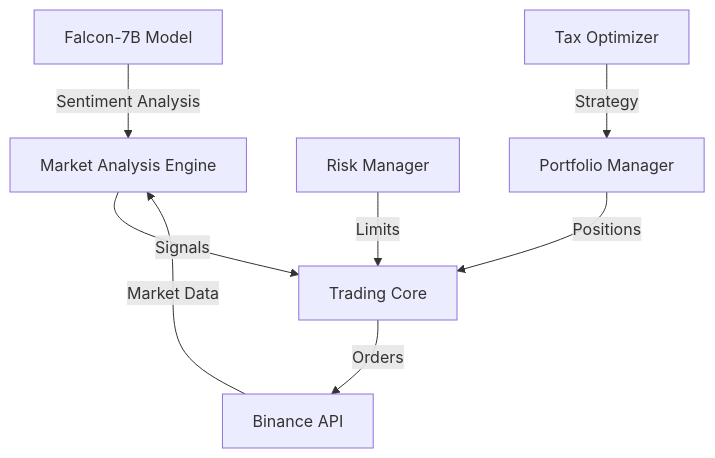
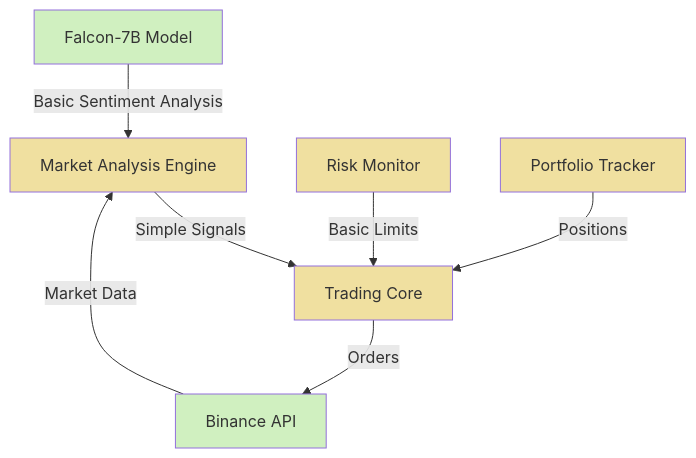
Before and after one commit to ashioyajotham/fingpt_trader: the diagram in README.md, drawn with Mermaid. The commit also changed other lines of this file and 5 other files, not shown here.

````diff
--- a/README.md
+++ b/README.md
@@ -41,10 +81,20 @@
 ```mermaid
 graph TD
-    A[Falcon-7B Model] -->|Sentiment Analysis| B[Market Analysis Engine]
-    B -->|Signals| C[Trading Core]
+    A[Falcon-7B Model] -->|Basic Sentiment Analysis| B[Market Analysis Engine]
+    B -->|Simple Signals| C[Trading Core]
     D[Binance API] -->|Market Data| B
     C -->|Orders| D
-    E[Risk Manager] -->|Limits| C
-    F[Portfolio Manager] -->|Positions| C
-    G[Tax Optimizer] -->|Strategy| F
+    E[Risk Monitor] -->|Basic Limits| C
+    F[Portfolio Tracker] -->|Positions| C
+    
+    style A fill:#d0f0c0
+    style B fill:#f0e0a0
+    style C fill:#f0e0a0
+    style D fill:#d0f0c0
+    style E fill:#f0e0a0
+    style F fill:#f0e0a0
+    
+    classDef implemented fill:#d0f0c0;
+    classDef partial fill:#f0e0a0;
+    classDef planned fill:#f0d0d0;
 ```
````
